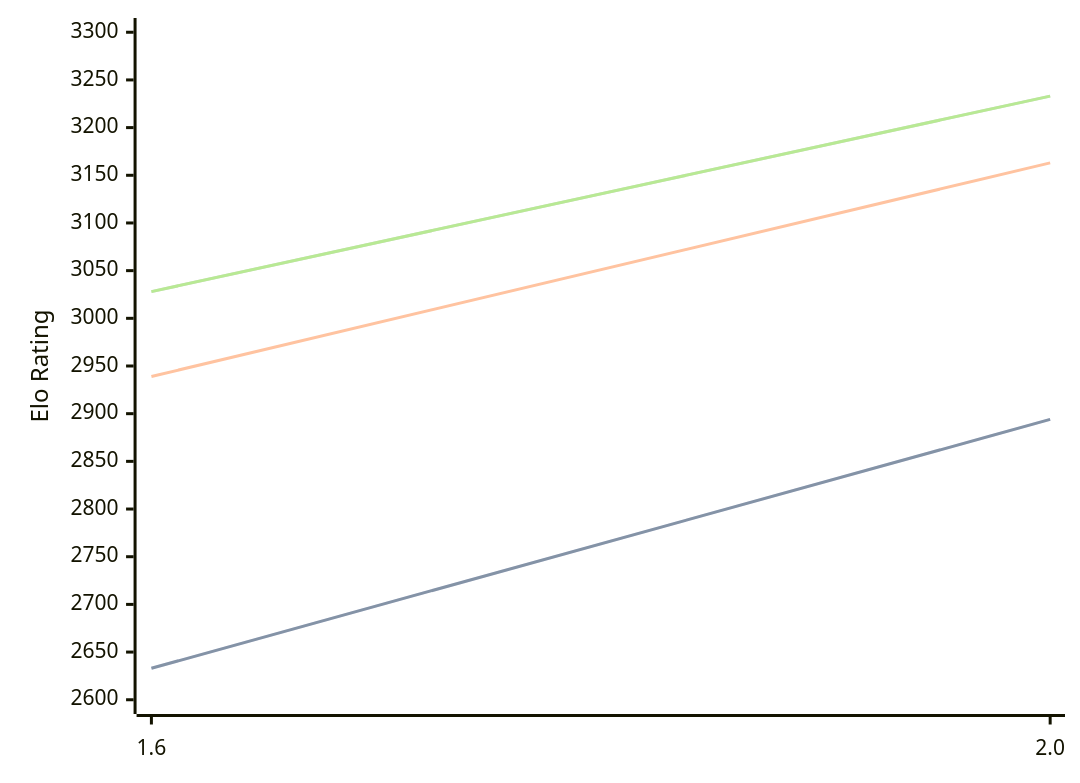
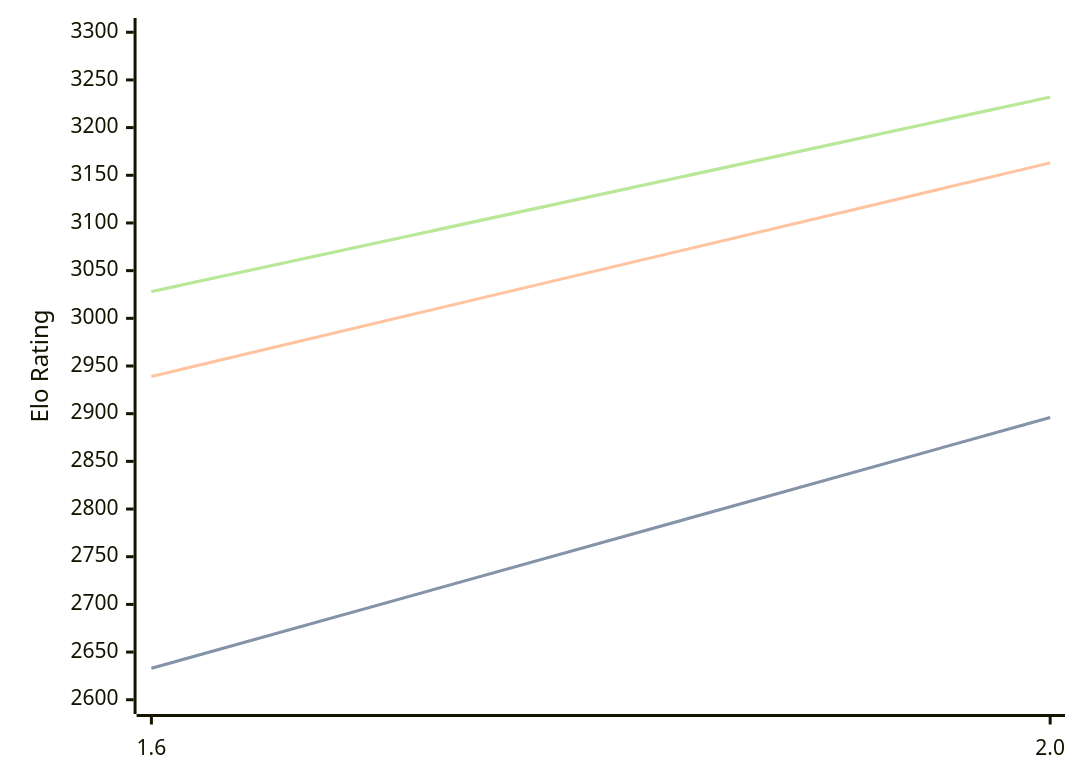
One commit to computer-chess-index/cci changed the diagram in engines/Onyx.md. Above: the diagram before and after it, drawn with Mermaid. The commit also changed other lines of this file, not shown here.

Commit message:
Update CCI Ratings (ELO VLTC) - 2026-10-03

````diff
--- a/engines/Onyx.md
+++ b/engines/Onyx.md
@@ -32,11 +32,11 @@
 ```mermaid
 %%{init: {"theme":"base","themeVariables":{"seriesColors:['#a3a3a3','#222221','#faa371']}}}%%
 xychart-beta
   x-axis ["1.6", "2.0"]
   y-axis "Elo Rating" 2600 --> 3300
-  line "" [2633, 2894]
-  line "STC (8.0+0.08s)" [2633, 2894]
+  line "" [2633, 2896]
+  line "STC (8.0+0.08s)" [2633, 2896]
   line "LTC (60.0+0.60s)" [2939, 3163]
-  line "" [3028, 3233]
-  line "VLTC (2m24s+1.12s)" [3028, 3233]
+  line "" [3028, 3232]
+  line "VLTC (2m24s+1.12s)" [3028, 3232]
 ```
````
